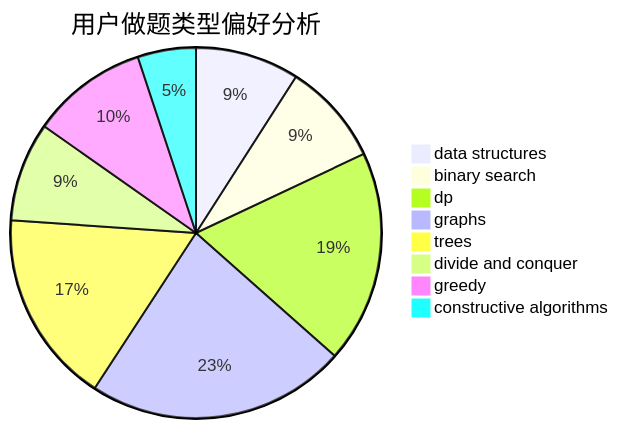
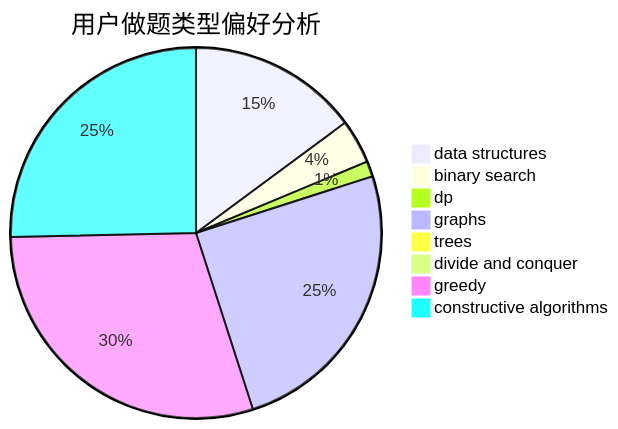
The second of 3 diagrams in docs/user/u688.md (sherpahu/cfrs.github.io), drawn with Mermaid before and after one commit. The commit also changed other lines of this file and 2770 other files, not shown here.

````diff
--- a/docs/user/u688.md
+++ b/docs/user/u688.md
@@ -23,11 +23,11 @@
 ```mermaid
 pie title 用户做题类型偏好分析
-    "data structures" :  66
-    "binary search" :  65
-    "dp" :  135
-    "graphs" :  165
-    "trees" :  123
-    "divide and conquer" :  63
-    "greedy" :  74
-    "constructive algorithms" :  37
+    "data structures" :  166
+    "binary search" :  43
+    "dp" :  15
+    "graphs" :  279
+    "trees" :  0
+    "divide and conquer" :  1
+    "greedy" :  331
+    "constructive algorithms" :  283
 ```
````
